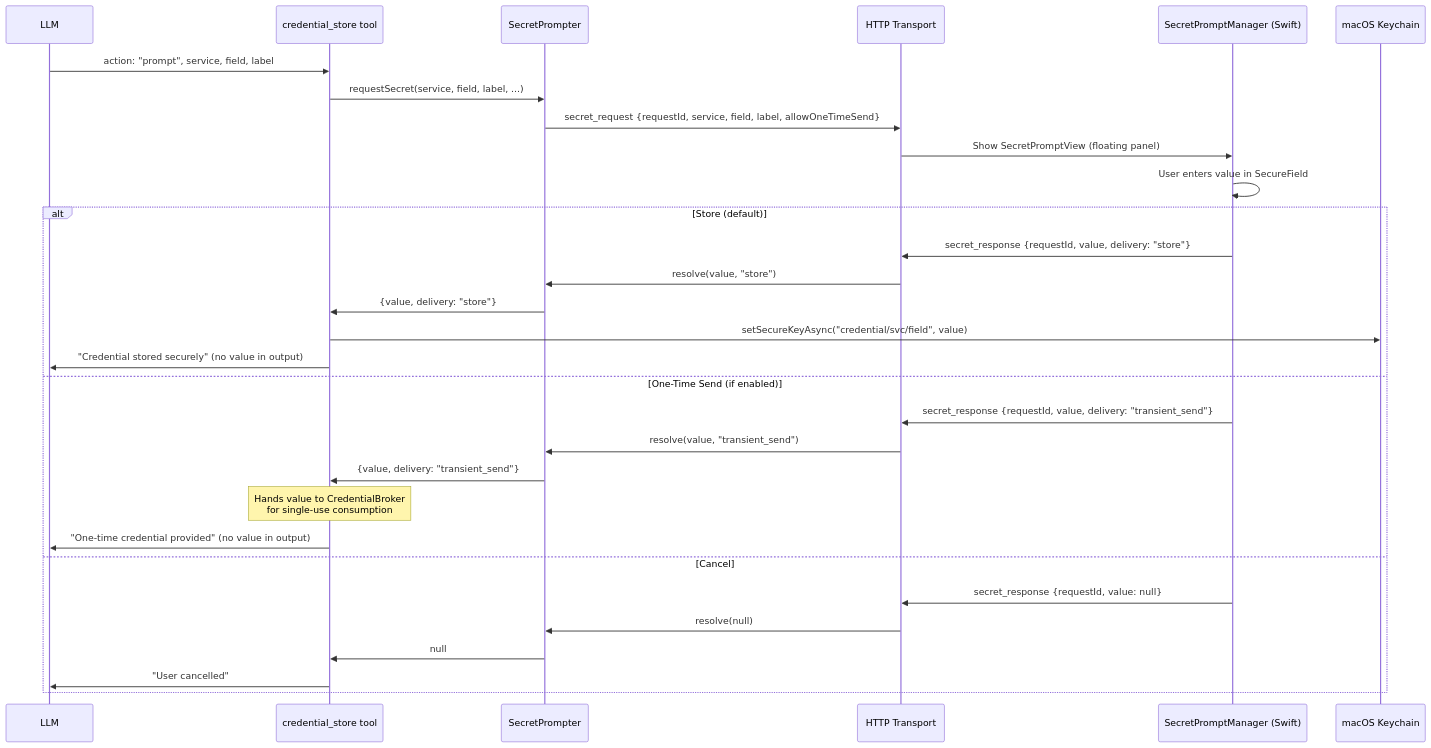
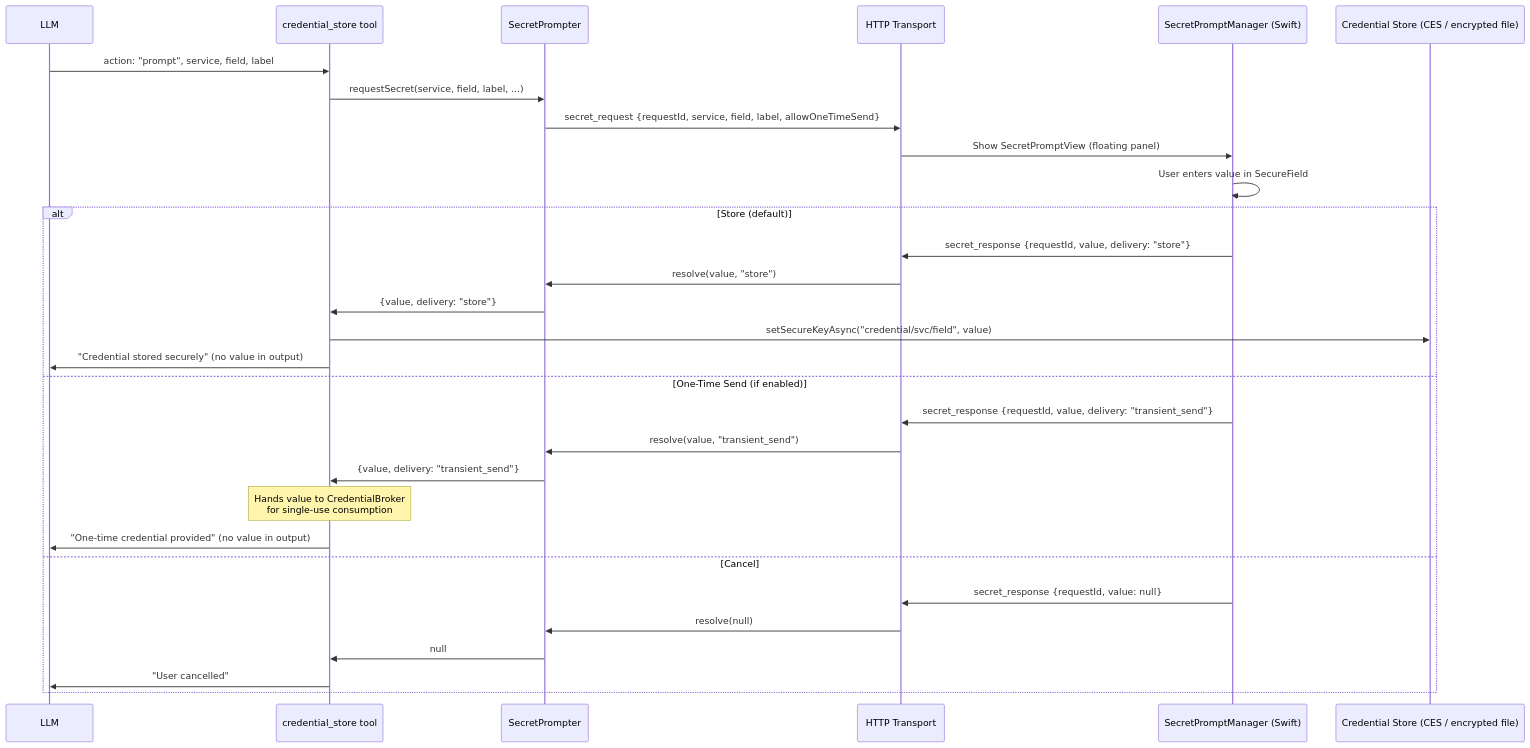
The second of 4 diagrams in assistant/docs/architecture/security.md (vellum-ai/vellum-assistant), drawn with Mermaid before and after one commit. The commit also changed other lines of this file and 5 other files, not shown here.

First line of the commit message:
docs: update architecture docs to reflect keychain broker removal

````diff
--- a/assistant/docs/architecture/security.md
+++ b/assistant/docs/architecture/security.md
@@ -218,33 +218,33 @@
 ```mermaid
 sequenceDiagram
     participant Model as LLM
     participant Vault as credential_store tool
     participant Prompter as SecretPrompter
     participant HTTP as HTTP Transport
     participant UI as SecretPromptManager (Swift)
-    participant Keychain as macOS Keychain
+    participant Store as Credential Store (CES / encrypted file)
 
     Model->>Vault: action: "prompt", service, field, label
     Vault->>Prompter: requestSecret(service, field, label, ...)
     Prompter->>HTTP: secret_request {requestId, service, field, label, allowOneTimeSend}
     HTTP->>UI: Show SecretPromptView (floating panel)
     UI->>UI: User enters value in SecureField
     alt Store (default)
         UI->>HTTP: secret_response {requestId, value, delivery: "store"}
         HTTP->>Prompter: resolve(value, "store")
         Prompter->>Vault: {value, delivery: "store"}
-        Vault->>Keychain: setSecureKeyAsync("credential/svc/field", value)
+        Vault->>Store: setSecureKeyAsync("credential/svc/field", value)
         Vault->>Model: "Credential stored securely" (no value in output)
     else One-Time Send (if enabled)
         UI->>HTTP: secret_response {requestId, value, delivery: "transient_send"}
         HTTP->>Prompter: resolve(value, "transient_send")
         Prompter->>Vault: {value, delivery: "transient_send"}
         Note over Vault: Hands value to CredentialBroker<br/>for single-use consumption
         Vault->>Model: "One-time credential provided" (no value in output)
     else Cancel
         UI->>HTTP: secret_response {requestId, value: null}
         HTTP->>Prompter: resolve(null)
         Prompter->>Vault: null
         Vault->>Model: "User cancelled"
     end
 ```
````
